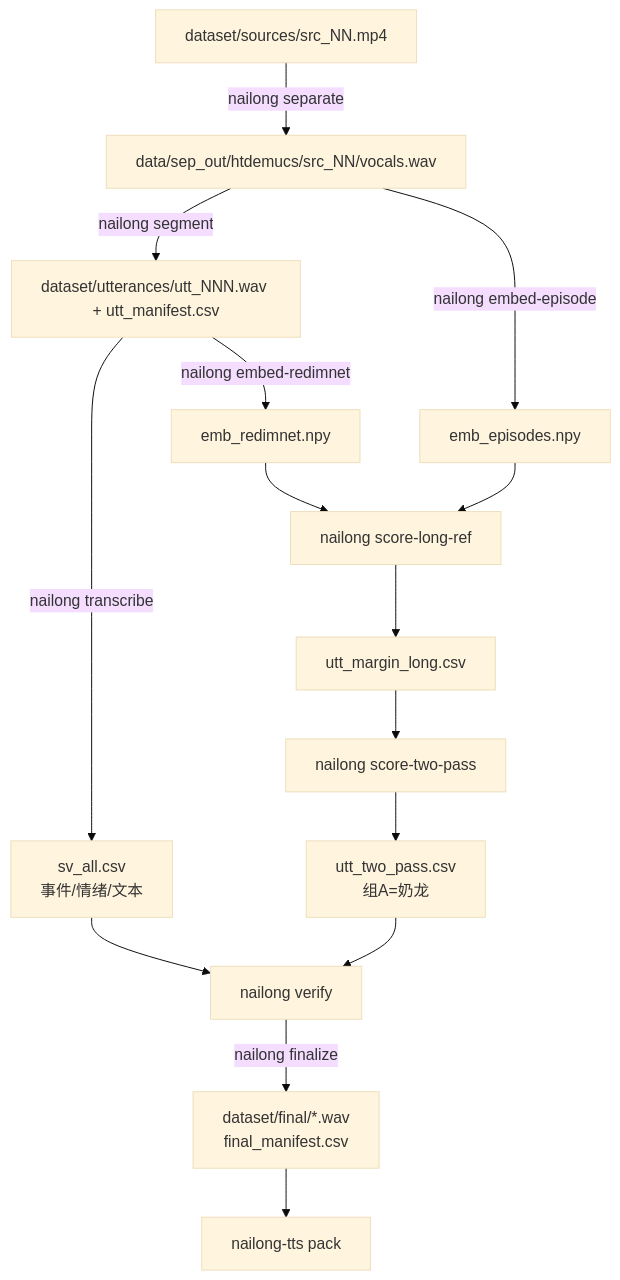
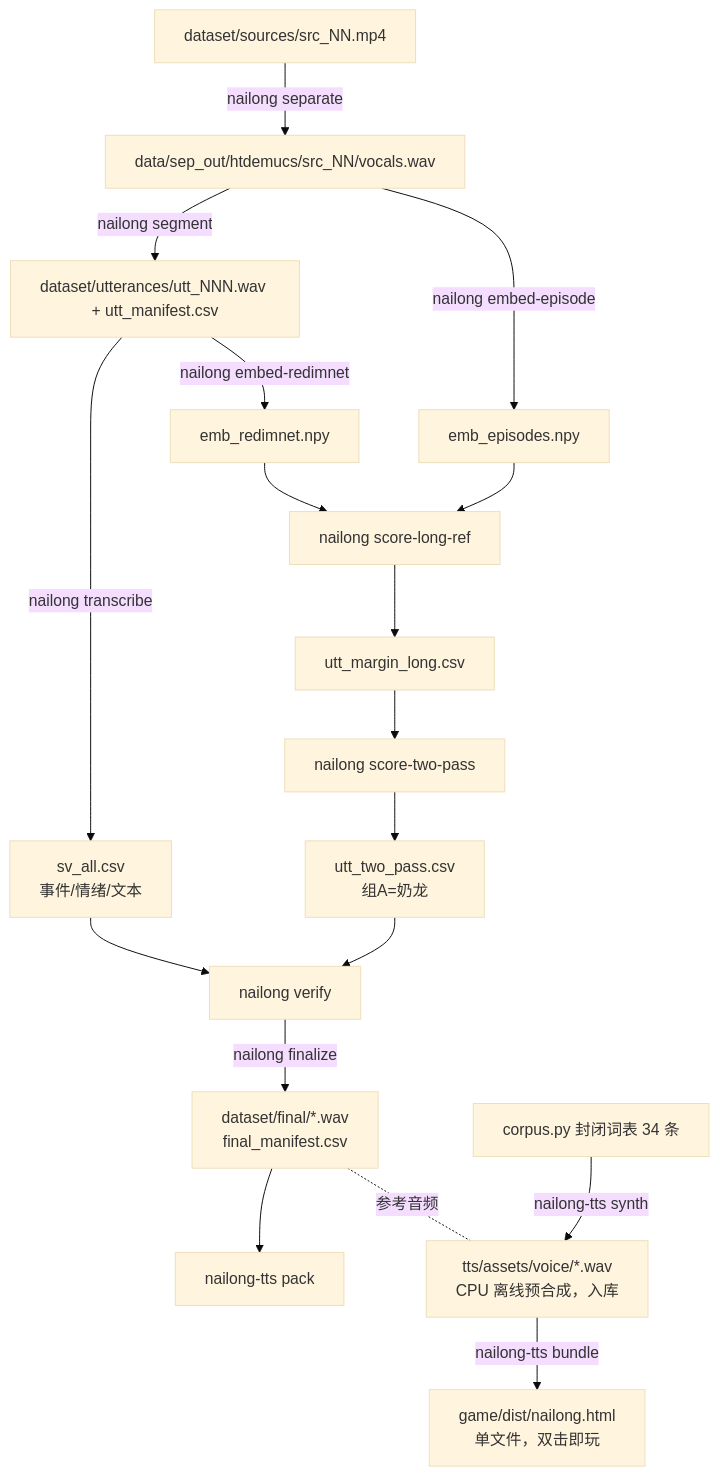
One commit to Puiching-Memory/nailong-ref changed the diagram in README.md. Above: the diagram before and after it, drawn with Mermaid (base theme). The commit also changed other lines of this file and 1 other file, not shown here.

````diff
--- a/README.md
+++ b/README.md
@@ -41,17 +49,20 @@
 ```mermaid
 flowchart TD
     A[dataset/sources/src_NN.mp4] -->|nailong separate| B[data/sep_out/htdemucs/src_NN/vocals.wav]
     B -->|nailong segment| C[dataset/utterances/utt_NNN.wav + utt_manifest.csv]
     C -->|nailong transcribe| D[sv_all.csv<br/>事件/情绪/文本]
     C -->|nailong embed-redimnet| E[emb_redimnet.npy]
     B -->|nailong embed-episode| F[emb_episodes.npy]
     E --> G[nailong score-long-ref]
     F --> G
     G --> H[utt_margin_long.csv]
     H --> I[nailong score-two-pass]
     I --> J[utt_two_pass.csv<br/>组A=奶龙]
     D --> K[nailong verify]
     J --> K
     K -->|nailong finalize| L[dataset/final/*.wav<br/>final_manifest.csv]
     L --> M[nailong-tts pack]
+    L -.参考音频.- N
+    O[corpus.py 封闭词表 34 条] -->|nailong-tts synth| N[tts/assets/voice/*.wav<br/>CPU 离线预合成，入库]
+    N -->|nailong-tts bundle| P[game/dist/nailong.html<br/>单文件，双击即玩]
 ```
````
